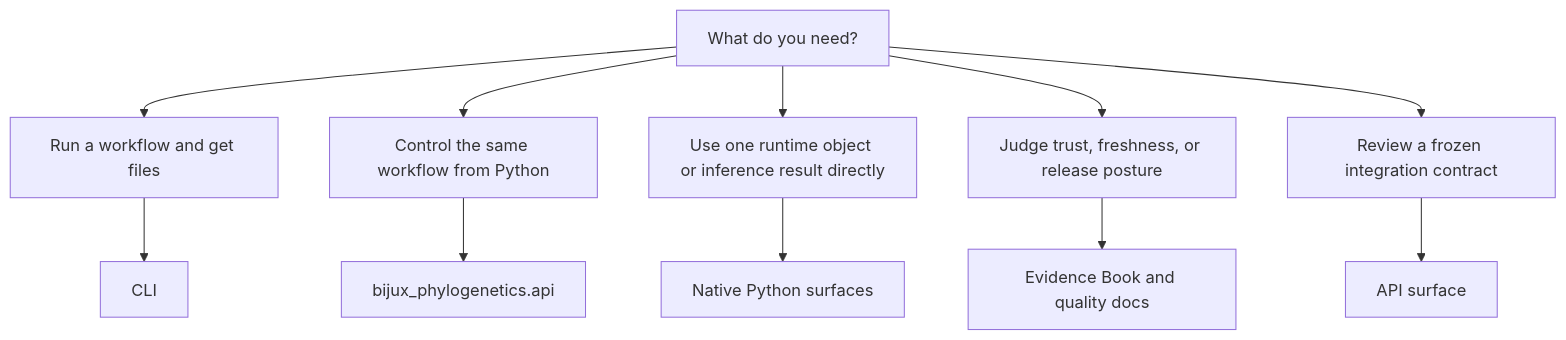
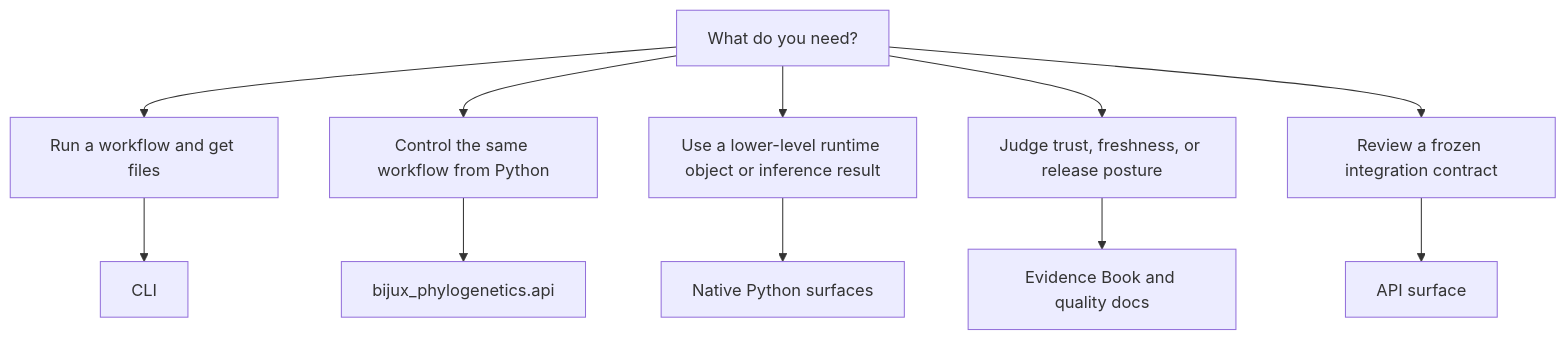
The diagram in docs/phylogenetics/interfaces/surface-selection.md (bijux/bijux-phylogenetics), drawn with Mermaid before and after one commit. The commit also changed other lines of this file and 14 other files, not shown here.

````diff
--- a/docs/phylogenetics/interfaces/surface-selection.md
+++ b/docs/phylogenetics/interfaces/surface-selection.md
@@ -20,13 +20,13 @@
 ```mermaid
 flowchart TD
     A[What do you need?] --> B[Run a workflow and get files]
     A --> C[Control the same workflow from Python]
-    A --> D[Use one runtime object or inference result directly]
+    A --> D[Use a lower-level runtime object or inference result]
     A --> E[Judge trust, freshness, or release posture]
     A --> F[Review a frozen integration contract]
     B --> G[CLI]
     C --> H[bijux_phylogenetics.api]
     D --> I[Native Python surfaces]
     E --> J[Evidence Book and quality docs]
     F --> K[API surface]
 ```
````
